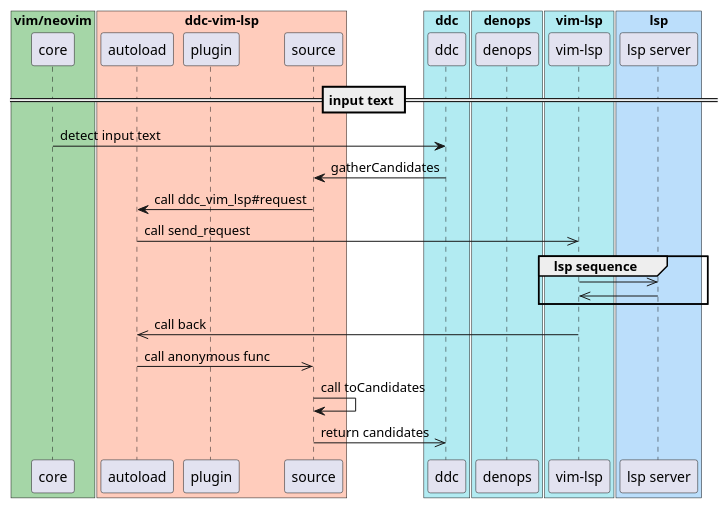
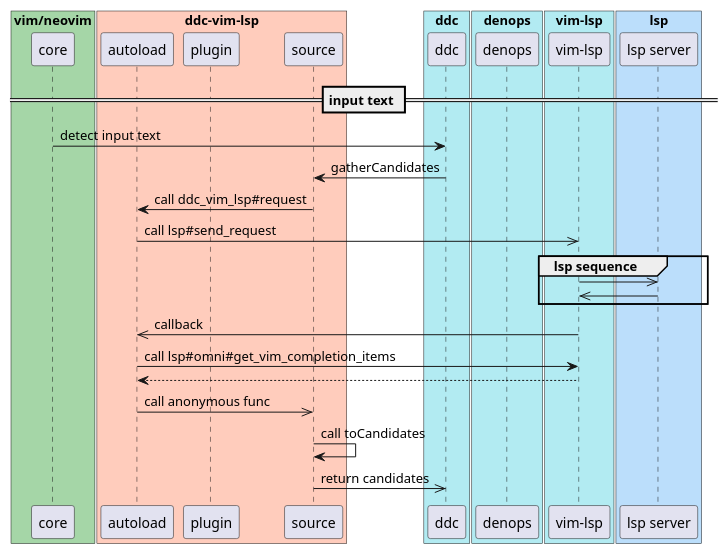
The second of 2 diagrams in doc/study.md (shun/ddc-source-vim-lsp), drawn with PlantUML before and after one commit. The commit also changed other lines of this file and 1 other file, not shown here.

````diff
--- a/doc/study.md
+++ b/doc/study.md
@@ -2,44 +74,46 @@
 ```plantuml
 
 box "vim/neovim" #A5D6A7
   participant core
 end box
 
 box "ddc-vim-lsp" #FFCCBC
   participant autoload
   participant plugin
   participant source
 end box
 
 box "ddc" #B2EBF2
   participant ddc
 end box
 
 box "denops" #B2EBF2
   participant denops
 end box
 
 box "vim-lsp" #B2EBF2
   participant vimlsp as "vim-lsp"
 end box
 
 box "lsp" #BBDEFB
   participant lsp as "lsp server"
 end box
 
 == input text ==
 core -> ddc: detect input text
 ddc -> source: gatherCandidates
 source -> autoload: call ddc_vim_lsp#request
-autoload ->> vimlsp: call send_request
+autoload ->> vimlsp: call lsp#send_request
 
 group lsp sequence
 vimlsp ->> lsp:
 lsp ->> vimlsp:
 end
 
-vimlsp ->> autoload: call back
+vimlsp ->> autoload: callback
+autoload -> vimlsp: call lsp#omni#get_vim_completion_items
+return
 autoload ->> source: call anonymous func
 source -> source: call toCandidates
 source ->> ddc: return candidates
 ```
````
